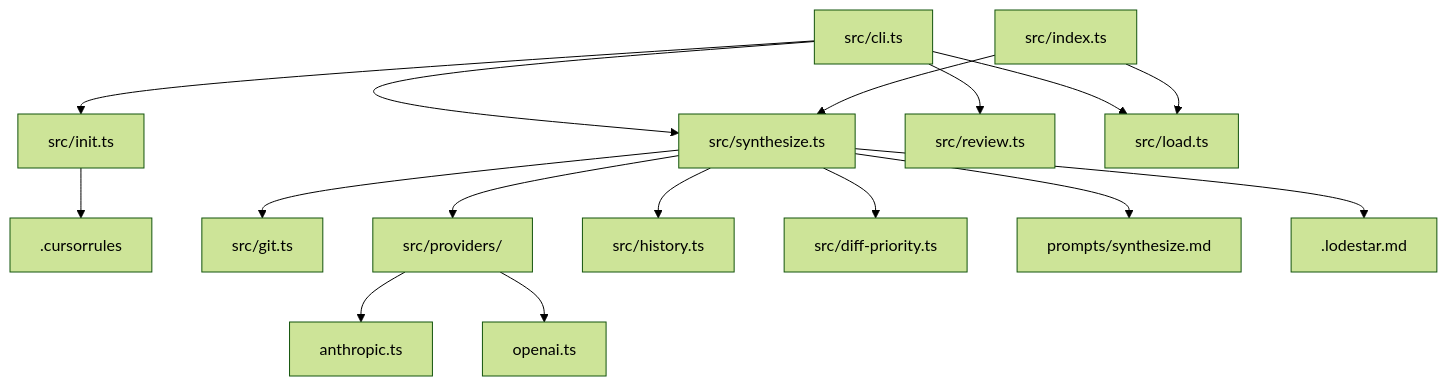
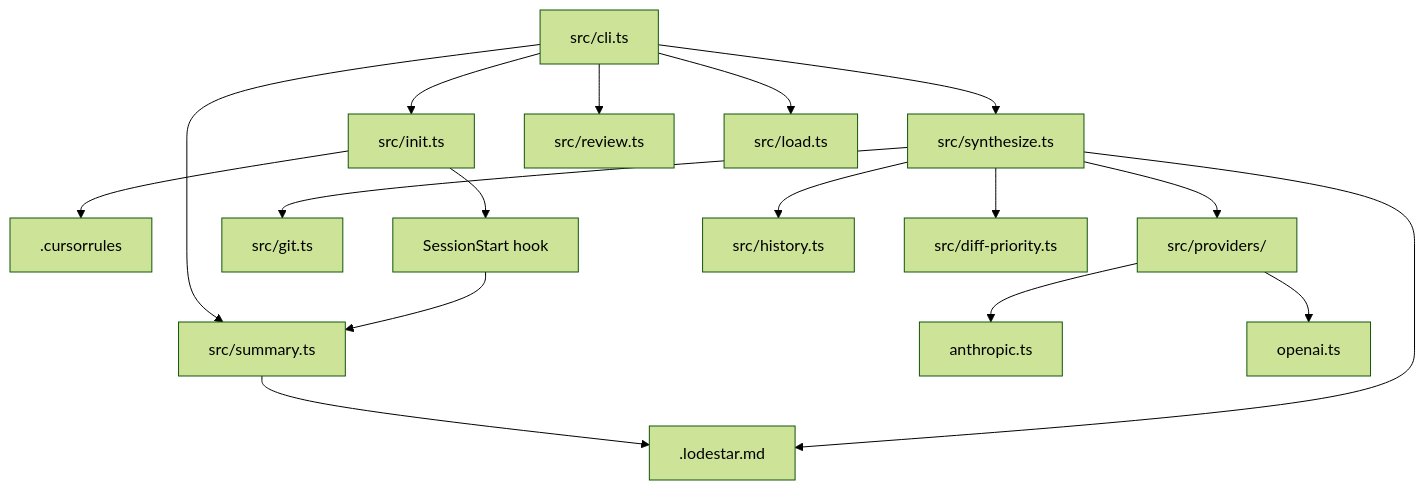
The diagram in .lodestar.md (Kgard/LodeStar), drawn with Mermaid (forest theme) before and after one commit. The commit also changed other lines of this file, not shown here.

Commit message:
chore: update session context

````diff
--- a/.lodestar.md
+++ b/.lodestar.md
@@ -40,18 +45,19 @@
 ```mermaid
 graph TD
     CLI[src/cli.ts] --> INIT[src/init.ts]
     CLI --> SYNTH[src/synthesize.ts]
     CLI --> REVIEW[src/review.ts]
     CLI --> LOAD[src/load.ts]
+    CLI --> SUMMARY[src/summary.ts]
     INIT --> CURSORRULES[.cursorrules]
+    INIT --> HOOK[SessionStart hook]
     SYNTH --> GIT[src/git.ts]
     SYNTH --> PROVIDERS[src/providers/]
     SYNTH --> HISTORY[src/history.ts]
     SYNTH --> DIFFPRI[src/diff-priority.ts]
     PROVIDERS --> ANTHROPIC[anthropic.ts]
     PROVIDERS --> OPENAI[openai.ts]
-    SYNTH --> PROMPT[prompts/synthesize.md]
-    SYNTH --> LODESTAR[.lodestar.md]
-    MCP[src/index.ts] --> SYNTH
-    MCP --> LOAD
+    SUMMARY --> LODESTAR[.lodestar.md]
+    HOOK --> SUMMARY
+    SYNTH --> LODESTAR
 ```
````
